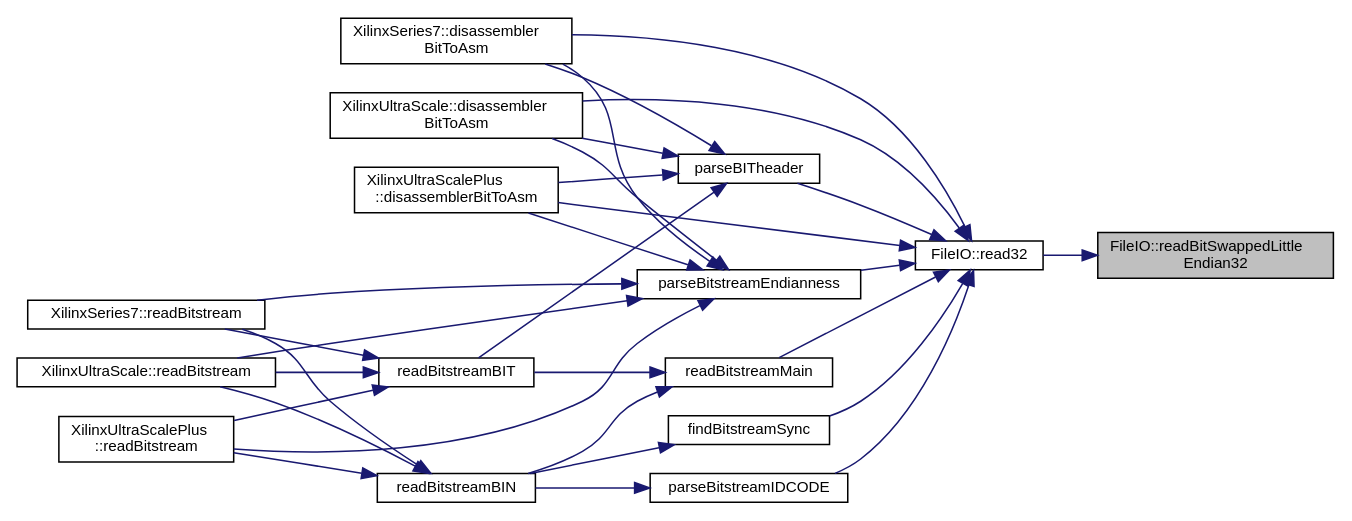
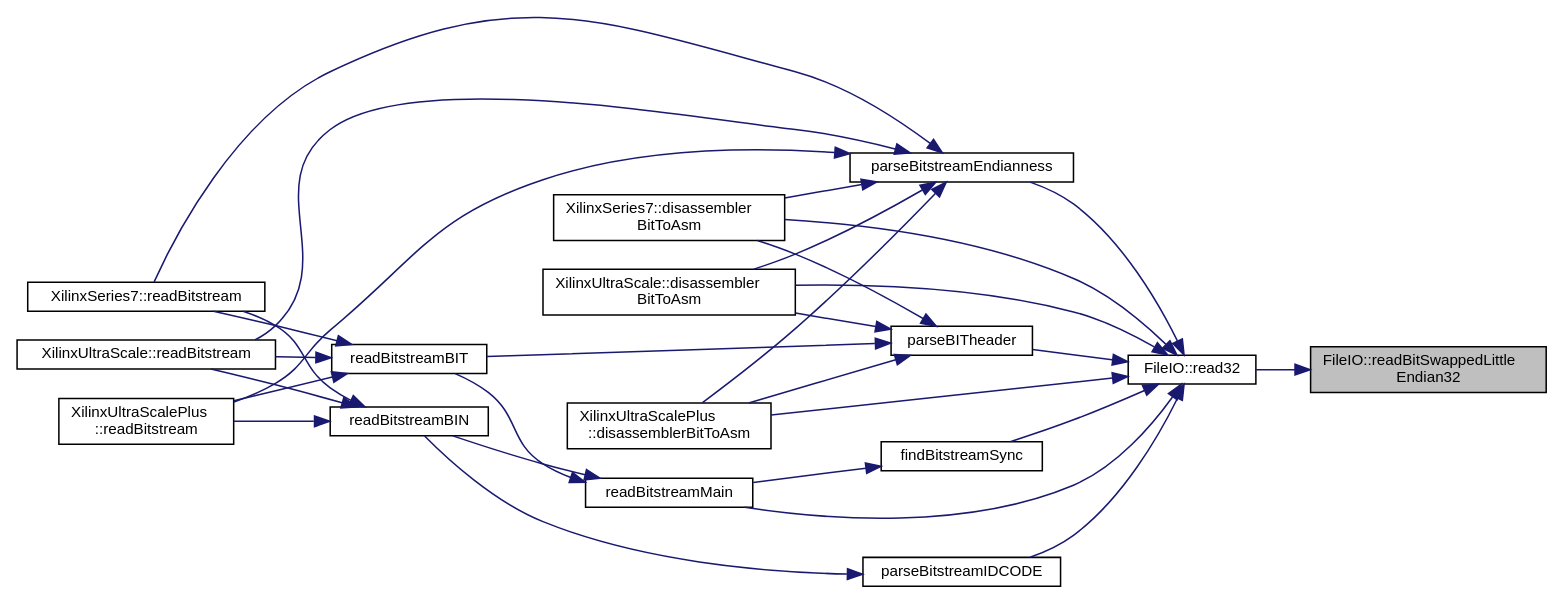
Before and after one commit to FPGA-Research-Manchester/byteman: the diagram in namespaceFileIO_a2fd6138a1888683dec937c2f97c24972_icgraph.dot, drawn with Graphviz. The commit also changed 361 other files, not shown here.

```diff
--- a/namespaceFileIO_a2fd6138a1888683dec937c2f97c24972_icgraph.dot
+++ b/namespaceFileIO_a2fd6138a1888683dec937c2f97c24972_icgraph.dot
@@ -1,52 +1,52 @@
 digraph "FileIO::readBitSwappedLittleEndian32"
 {
  // INTERACTIVE_SVG=YES
  // LATEX_PDF_SIZE
   edge [fontname="Helvetica",fontsize="10",labelfontname="Helvetica",labelfontsize="10"];
   node [fontname="Helvetica",fontsize="10",shape=record];
   rankdir="RL";
   Node1 [label="FileIO::readBitSwappedLittle\lEndian32",height=0.2,width=0.4,color="black", fillcolor="grey75", style="filled", fontcolor="black",tooltip=" "];
   Node1 -> Node2 [dir="back",color="midnightblue",fontsize="10",style="solid",fontname="Helvetica"];
   Node2 [label="FileIO::read32",height=0.2,width=0.4,color="black", fillcolor="white", style="filled",URL="$namespaceFileIO.html#aaccfcd823f22c4f98df1cb587fcd74e6",tooltip=" "];
   Node2 -> Node3 [dir="back",color="midnightblue",fontsize="10",style="solid",fontname="Helvetica"];
   Node3 [label="XilinxSeries7::disassembler\lBitToAsm",height=0.2,width=0.4,color="black", fillcolor="white", style="filled",URL="$classXilinxSeries7.html#a4239ae4d300adffe6005349f64d8e6ff",tooltip=" "];
   Node2 -> Node4 [dir="back",color="midnightblue",fontsize="10",style="solid",fontname="Helvetica"];
   Node4 [label="XilinxUltraScale::disassembler\lBitToAsm",height=0.2,width=0.4,color="black", fillcolor="white", style="filled",URL="$classXilinxUltraScale.html#a1e74fd2f5f3122339373ac7e571c0743",tooltip=" "];
   Node2 -> Node5 [dir="back",color="midnightblue",fontsize="10",style="solid",fontname="Helvetica"];
   Node5 [label="XilinxUltraScalePlus\l::disassemblerBitToAsm",height=0.2,width=0.4,color="black", fillcolor="white", style="filled",URL="$classXilinxUltraScalePlus.html#a54f9af4b6723a99c0b9e8e9c9b424d00",tooltip=" "];
   Node2 -> Node6 [dir="back",color="midnightblue",fontsize="10",style="solid",fontname="Helvetica"];
-  Node6 [label="findBitstreamSync",height=0.2,width=0.4,color="black", fillcolor="white", style="filled",URL="$inlineInput_8h.html#a69607c16f8f44d041835c83ac73816d3",tooltip=" "];
+  Node6 [label="findBitstreamSync",height=0.2,width=0.4,color="black", fillcolor="white", style="filled",URL="$inlineInput_8h.html#a28adcfbf629a14df2fab79e403e9f098",tooltip=" "];
   Node6 -> Node7 [dir="back",color="midnightblue",fontsize="10",style="solid",fontname="Helvetica"];
-  Node7 [label="readBitstreamBIN",height=0.2,width=0.4,color="black", fillcolor="white", style="filled",URL="$inlineInput_8h.html#ada7d4f59a2b9aa44680a400d5bd37ec5",tooltip=" "];
+  Node7 [label="readBitstreamMain",height=0.2,width=0.4,color="black", fillcolor="white", style="filled",URL="$inlineInput_8h.html#a0487f8d718905360038fc67d9cfbe63c",tooltip=" "];
   Node7 -> Node8 [dir="back",color="midnightblue",fontsize="10",style="solid",fontname="Helvetica"];
-  Node8 [label="XilinxSeries7::readBitstream",height=0.2,width=0.4,color="black", fillcolor="white", style="filled",URL="$classXilinxSeries7.html#a81a5d771b3230f2442613574c522f7c8",tooltip=" "];
-  Node7 -> Node9 [dir="back",color="midnightblue",fontsize="10",style="solid",fontname="Helvetica"];
-  Node9 [label="XilinxUltraScalePlus\l::readBitstream",height=0.2,width=0.4,color="black", fillcolor="white", style="filled",URL="$classXilinxUltraScalePlus.html#a0e5d08a2e5c37a29a1a04d50b48739d2",tooltip=" "];
-  Node7 -> Node10 [dir="back",color="midnightblue",fontsize="10",style="solid",fontname="Helvetica"];
+  Node8 [label="readBitstreamBIN",height=0.2,width=0.4,color="black", fillcolor="white", style="filled",URL="$inlineInput_8h.html#ada7d4f59a2b9aa44680a400d5bd37ec5",tooltip=" "];
+  Node8 -> Node9 [dir="back",color="midnightblue",fontsize="10",style="solid",fontname="Helvetica"];
+  Node9 [label="XilinxSeries7::readBitstream",height=0.2,width=0.4,color="black", fillcolor="white", style="filled",URL="$classXilinxSeries7.html#a81a5d771b3230f2442613574c522f7c8",tooltip=" "];
+  Node8 -> Node10 [dir="back",color="midnightblue",fontsize="10",style="solid",fontname="Helvetica"];
   Node10 [label="XilinxUltraScale::readBitstream",height=0.2,width=0.4,color="black", fillcolor="white", style="filled",URL="$classXilinxUltraScale.html#a8d9e8e7846e7af191060d73b21024d8a",tooltip=" "];
-  Node2 -> Node11 [dir="back",color="midnightblue",fontsize="10",style="solid",fontname="Helvetica"];
-  Node11 [label="parseBITheader",height=0.2,width=0.4,color="black", fillcolor="white", style="filled",URL="$inlineInput_8h.html#ac0e8d10f67fbe4b89886a2f5be7c690c",tooltip=" "];
-  Node11 -> Node3 [dir="back",color="midnightblue",fontsize="10",style="solid",fontname="Helvetica"];
-  Node11 -> Node4 [dir="back",color="midnightblue",fontsize="10",style="solid",fontname="Helvetica"];
-  Node11 -> Node5 [dir="back",color="midnightblue",fontsize="10",style="solid",fontname="Helvetica"];
-  Node11 -> Node12 [dir="back",color="midnightblue",fontsize="10",style="solid",fontname="Helvetica"];
+  Node8 -> Node11 [dir="back",color="midnightblue",fontsize="10",style="solid",fontname="Helvetica"];
+  Node11 [label="XilinxUltraScalePlus\l::readBitstream",height=0.2,width=0.4,color="black", fillcolor="white", style="filled",URL="$classXilinxUltraScalePlus.html#a0e5d08a2e5c37a29a1a04d50b48739d2",tooltip=" "];
+  Node7 -> Node12 [dir="back",color="midnightblue",fontsize="10",style="solid",fontname="Helvetica"];
   Node12 [label="readBitstreamBIT",height=0.2,width=0.4,color="black", fillcolor="white", style="filled",URL="$inlineInput_8h.html#a2015af67475241b52cb4fdd54ab6577e",tooltip=" "];
-  Node12 -> Node8 [dir="back",color="midnightblue",fontsize="10",style="solid",fontname="Helvetica"];
   Node12 -> Node9 [dir="back",color="midnightblue",fontsize="10",style="solid",fontname="Helvetica"];
+  Node12 -> Node11 [dir="back",color="midnightblue",fontsize="10",style="solid",fontname="Helvetica"];
   Node12 -> Node10 [dir="back",color="midnightblue",fontsize="10",style="solid",fontname="Helvetica"];
   Node2 -> Node13 [dir="back",color="midnightblue",fontsize="10",style="solid",fontname="Helvetica"];
-  Node13 [label="parseBitstreamEndianness",height=0.2,width=0.4,color="black", fillcolor="white", style="filled",URL="$inlineInput_8h.html#afecbc7d2f0175cd665f732ec0c5b93bf",tooltip=" "];
+  Node13 [label="parseBITheader",height=0.2,width=0.4,color="black", fillcolor="white", style="filled",URL="$inlineInput_8h.html#ac0e8d10f67fbe4b89886a2f5be7c690c",tooltip=" "];
   Node13 -> Node3 [dir="back",color="midnightblue",fontsize="10",style="solid",fontname="Helvetica"];
+  Node13 -> Node4 [dir="back",color="midnightblue",fontsize="10",style="solid",fontname="Helvetica"];
   Node13 -> Node5 [dir="back",color="midnightblue",fontsize="10",style="solid",fontname="Helvetica"];
-  Node13 -> Node4 [dir="back",color="midnightblue",fontsize="10",style="solid",fontname="Helvetica"];
-  Node13 -> Node10 [dir="back",color="midnightblue",fontsize="10",style="solid",fontname="Helvetica"];
-  Node13 -> Node8 [dir="back",color="midnightblue",fontsize="10",style="solid",fontname="Helvetica"];
-  Node13 -> Node9 [dir="back",color="midnightblue",fontsize="10",style="solid",fontname="Helvetica"];
+  Node13 -> Node12 [dir="back",color="midnightblue",fontsize="10",style="solid",fontname="Helvetica"];
   Node2 -> Node14 [dir="back",color="midnightblue",fontsize="10",style="solid",fontname="Helvetica"];
-  Node14 [label="parseBitstreamIDCODE",height=0.2,width=0.4,color="black", fillcolor="white", style="filled",URL="$inlineInput_8h.html#aaca4e37f11bf6f869a9f1296b5b0182a",tooltip=" "];
-  Node14 -> Node7 [dir="back",color="midnightblue",fontsize="10",style="solid",fontname="Helvetica"];
+  Node14 [label="parseBitstreamEndianness",height=0.2,width=0.4,color="black", fillcolor="white", style="filled",URL="$inlineInput_8h.html#afecbc7d2f0175cd665f732ec0c5b93bf",tooltip=" "];
+  Node14 -> Node3 [dir="back",color="midnightblue",fontsize="10",style="solid",fontname="Helvetica"];
+  Node14 -> Node5 [dir="back",color="midnightblue",fontsize="10",style="solid",fontname="Helvetica"];
+  Node14 -> Node4 [dir="back",color="midnightblue",fontsize="10",style="solid",fontname="Helvetica"];
+  Node14 -> Node10 [dir="back",color="midnightblue",fontsize="10",style="solid",fontname="Helvetica"];
+  Node14 -> Node9 [dir="back",color="midnightblue",fontsize="10",style="solid",fontname="Helvetica"];
+  Node14 -> Node11 [dir="back",color="midnightblue",fontsize="10",style="solid",fontname="Helvetica"];
   Node2 -> Node15 [dir="back",color="midnightblue",fontsize="10",style="solid",fontname="Helvetica"];
-  Node15 [label="readBitstreamMain",height=0.2,width=0.4,color="black", fillcolor="white", style="filled",URL="$inlineInput_8h.html#a0487f8d718905360038fc67d9cfbe63c",tooltip=" "];
-  Node15 -> Node7 [dir="back",color="midnightblue",fontsize="10",style="solid",fontname="Helvetica"];
-  Node15 -> Node12 [dir="back",color="midnightblue",fontsize="10",style="solid",fontname="Helvetica"];
+  Node15 [label="parseBitstreamIDCODE",height=0.2,width=0.4,color="black", fillcolor="white", style="filled",URL="$inlineInput_8h.html#aaca4e37f11bf6f869a9f1296b5b0182a",tooltip=" "];
+  Node15 -> Node8 [dir="back",color="midnightblue",fontsize="10",style="solid",fontname="Helvetica"];
+  Node2 -> Node7 [dir="back",color="midnightblue",fontsize="10",style="solid",fontname="Helvetica"];
 }
```
